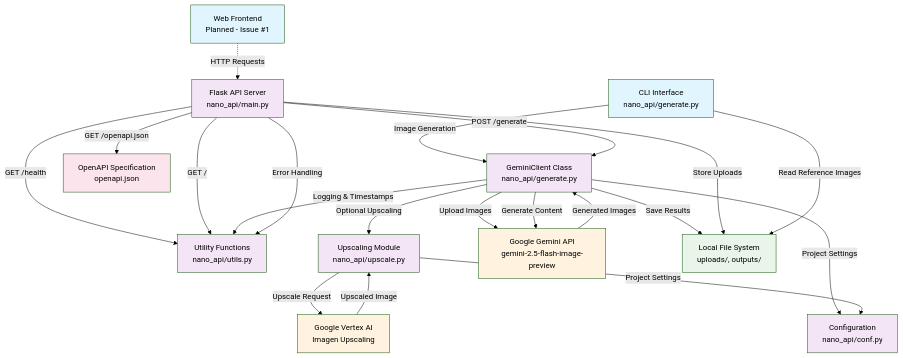
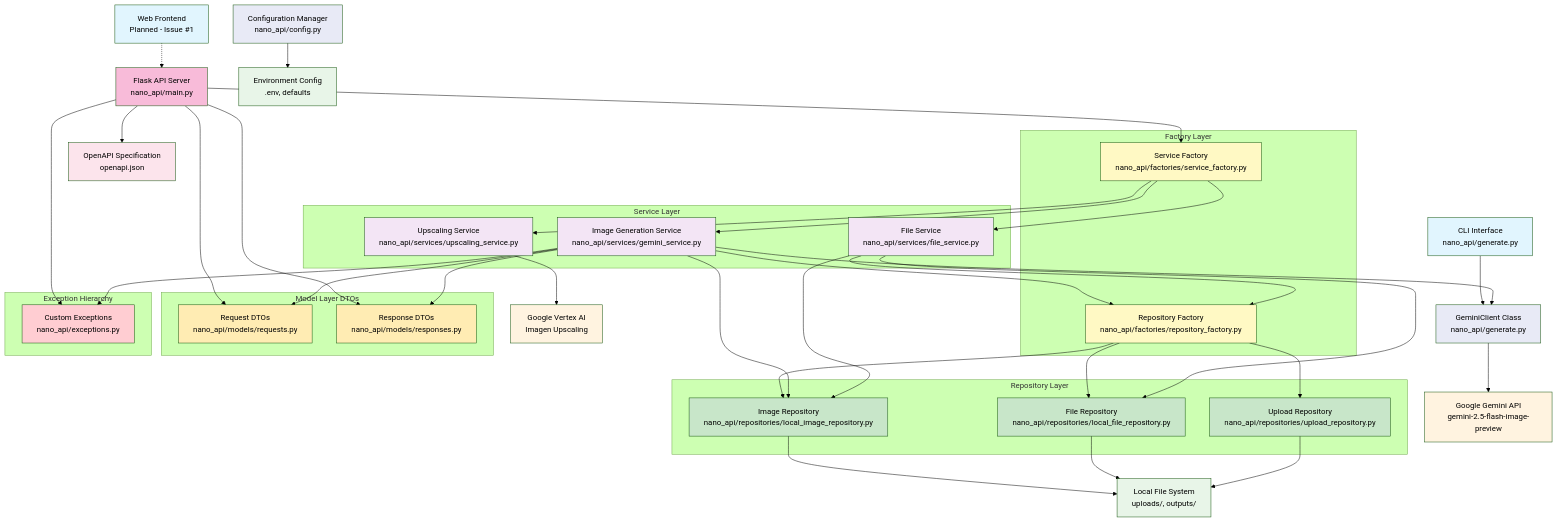
One commit to lene/stable-delusion changed the first of 3 diagrams in ARCHITECTURE.md. Above: the diagram before and after it, drawn with Mermaid (forest theme). The commit also changed other lines of this file and 1 other file, not shown here.

Commit message:
uptated architecture documentation

````diff
--- a/ARCHITECTURE.md
+++ b/ARCHITECTURE.md
@@ -5,71 +7,97 @@
 ```mermaid
 graph TB
-    %% User Interfaces
-    CLI[CLI Interface<br/>nano_api/generate.py]
-    WebUI[Web Frontend<br/>Planned - Issue #1]
+    CLI["CLI Interface<br/>nano_api/generate.py"]
+    WebUI["Web Frontend<br/>Planned - Issue #1"]
+    Flask["Flask API Server<br/>nano_api/main.py"]
 
-    %% Core Application Layer
-    Flask[Flask API Server<br/>nano_api/main.py]
-    GeminiClient[GeminiClient Class<br/>nano_api/generate.py]
-    Utils[Utility Functions<br/>nano_api/utils.py]
-    Upscale[Upscaling Module<br/>nano_api/upscale.py]
-    Config[Configuration<br/>nano_api/conf.py]
+    subgraph ServiceLayer ["Service Layer"]
+        GenService["Image Generation Service<br/>nano_api/services/gemini_service.py"]
+        UpscaleService["Upscaling Service<br/>nano_api/services/upscaling_service.py"]
+        FileService["File Service<br/>nano_api/services/file_service.py"]
+    end
 
-    %% External APIs
-    GeminiAPI[Google Gemini API<br/>gemini-2.5-flash-image-preview]
-    VertexAI[Google Vertex AI<br/>Imagen Upscaling]
+    subgraph FactoryLayer ["Factory Layer"]
+        ServiceFactory["Service Factory<br/>nano_api/factories/service_factory.py"]
+        RepoFactory["Repository Factory<br/>nano_api/factories/repository_factory.py"]
+    end
 
-    %% File System
-    LocalFS[Local File System<br/>uploads/, outputs/]
+    subgraph RepositoryLayer ["Repository Layer"]
+        ImageRepo["Image Repository<br/>nano_api/repositories/local_image_repository.py"]
+        FileRepo["File Repository<br/>nano_api/repositories/local_file_repository.py"]
+        UploadRepo["Upload Repository<br/>nano_api/repositories/upload_repository.py"]
+    end
 
-    %% API Documentation
-    OpenAPI[OpenAPI Specification<br/>openapi.json]
+    GeminiClient["GeminiClient Class<br/>nano_api/generate.py"]
+    ConfigMgr["Configuration Manager<br/>nano_api/config.py"]
 
-    %% User Interactions
-    CLI -->|Image Generation| GeminiClient
-    WebUI -.->|HTTP Requests| Flask
+    subgraph ModelLayer ["Model Layer DTOs"]
+        RequestModels["Request DTOs<br/>nano_api/models/requests.py"]
+        ResponseModels["Response DTOs<br/>nano_api/models/responses.py"]
+    end
 
-    %% Flask API Endpoints
-    Flask -->|POST /generate| GeminiClient
-    Flask -->|GET /health| Utils
-    Flask -->|GET /| Utils
-    Flask -->|GET /openapi.json| OpenAPI
+    subgraph ExceptionLayer ["Exception Hierarchy"]
+        Exceptions["Custom Exceptions<br/>nano_api/exceptions.py"]
+    end
 
-    %% Core Processing Flow
-    GeminiClient -->|Upload Images| GeminiAPI
-    GeminiClient -->|Generate Content| GeminiAPI
-    GeminiClient -->|Optional Upscaling| Upscale
+    GeminiAPI["Google Gemini API<br/>gemini-2.5-flash-image-preview"]
+    VertexAI["Google Vertex AI<br/>Imagen Upscaling"]
+    LocalFS["Local File System<br/>uploads/, outputs/"]
+    OpenAPI["OpenAPI Specification<br/>openapi.json"]
+    ConfigFiles["Environment Config<br/>.env, defaults"]
 
-    %% Upscaling Flow
-    Upscale -->|Upscale Request| VertexAI
-    VertexAI -->|Upscaled Image| Upscale
+    CLI --> GeminiClient
+    WebUI -.-> Flask
+    Flask --> ServiceFactory
+    ServiceFactory --> GenService
+    ServiceFactory --> UpscaleService
+    ServiceFactory --> FileService
+    GenService --> RepoFactory
+    FileService --> RepoFactory
+    RepoFactory --> ImageRepo
+    RepoFactory --> FileRepo
+    RepoFactory --> UploadRepo
 
-    %% Utility Functions
-    GeminiClient -->|Logging & Timestamps| Utils
-    Flask -->|Error Handling| Utils
+    GenService --> GeminiClient
+    GenService --> ImageRepo
+    FileService --> ImageRepo
+    FileService --> FileRepo
+    UpscaleService --> VertexAI
 
-    %% Configuration
-    GeminiClient -->|Project Settings| Config
-    Upscale -->|Project Settings| Config
+    Flask --> RequestModels
+    Flask --> ResponseModels
+    GenService --> RequestModels
+    GenService --> ResponseModels
+    Flask --> Exceptions
+    GenService --> Exceptions
 
-    %% File Operations
-    GeminiClient -->|Save Results| LocalFS
-    Flask -->|Store Uploads| LocalFS
-    CLI -->|Read Reference Images| LocalFS
+    GeminiClient --> GeminiAPI
+    ImageRepo --> LocalFS
+    FileRepo --> LocalFS
+    UploadRepo --> LocalFS
+    ConfigMgr --> ConfigFiles
+    Flask --> OpenAPI
 
-    %% External Service Flows
-    GeminiAPI -->|Generated Images| GeminiClient
-
-    %% Styling
     classDef userInterface fill:#e1f5fe
-    classDef coreModule fill:#f3e5f5
+    classDef apiLayer fill:#f8bbd9
+    classDef serviceLayer fill:#f3e5f5
+    classDef factoryLayer fill:#fff9c4
+    classDef repositoryLayer fill:#c8e6c9
+    classDef modelLayer fill:#ffecb3
+    classDef exceptionLayer fill:#ffcdd2
+    classDef coreModule fill:#e8eaf6
     classDef externalAPI fill:#fff3e0
     classDef storage fill:#e8f5e8
     classDef documentation fill:#fce4ec
 
     class CLI,WebUI userInterface
-    class Flask,GeminiClient,Utils,Upscale,Config coreModule
+    class Flask apiLayer
+    class GenService,UpscaleService,FileService serviceLayer
+    class ServiceFactory,RepoFactory factoryLayer
+    class ImageRepo,FileRepo,UploadRepo repositoryLayer
+    class RequestModels,ResponseModels modelLayer
+    class Exceptions exceptionLayer
+    class GeminiClient,ConfigMgr coreModule
     class GeminiAPI,VertexAI externalAPI
-    class LocalFS storage
+    class LocalFS,ConfigFiles storage
     class OpenAPI documentation
 ```
````
